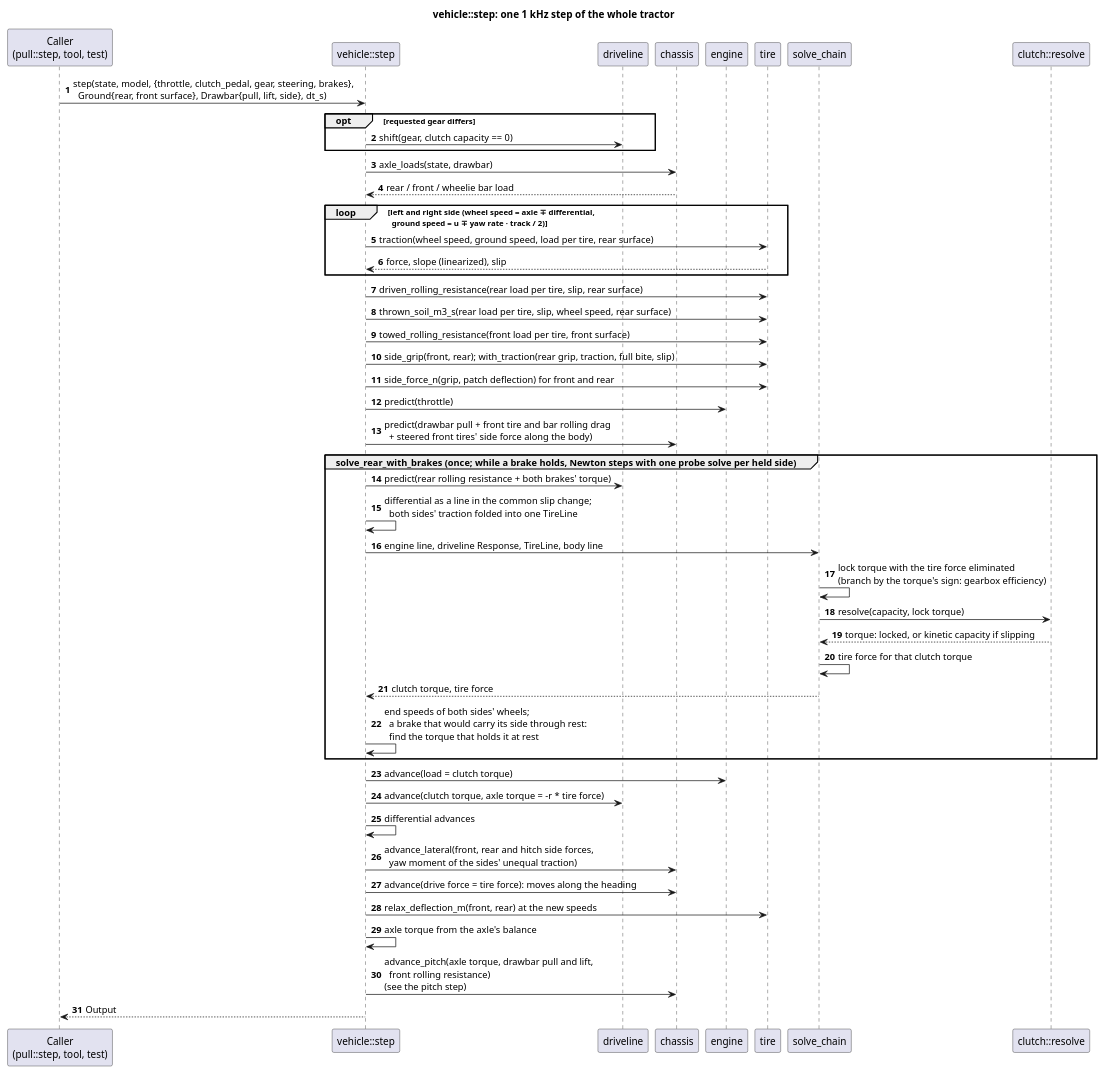
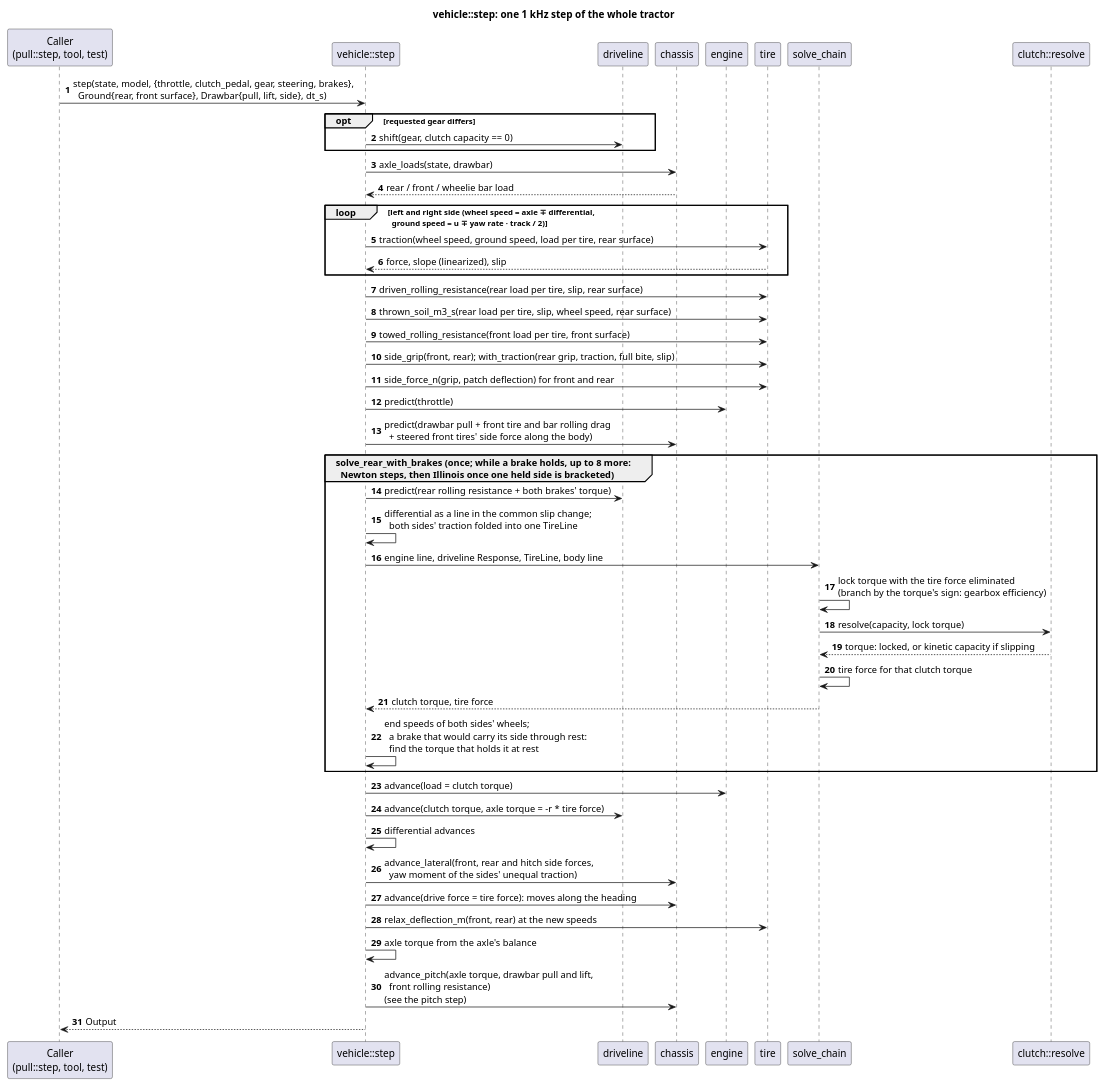
The diagram in docs/diagrams/vehicle_step_sequence.puml (wversteeg/TractorPulling), drawn with PlantUML before and after one commit. The commit also changed 6 other files, not shown here.

First line of the commit message:
Hold brakes robustly, and test for holds that do not converge

```diff
--- a/docs/diagrams/vehicle_step_sequence.puml
+++ b/docs/diagrams/vehicle_step_sequence.puml
@@ -1,50 +1,50 @@
 @startuml vehicle_step_sequence
 title vehicle::step: one 1 kHz step of the whole tractor
 autonumber
 participant "Caller\n(pull::step, tool, test)" as Caller
 participant "vehicle::step" as Step
 participant "driveline" as Driveline
 participant "chassis" as Chassis
 participant "engine" as Engine
 participant "tire" as Tire
 participant "solve_chain" as Solve
 participant "clutch::resolve" as Clutch
 
 Caller -> Step : step(state, model, {throttle, clutch_pedal, gear, steering, brakes},\n  Ground{rear, front surface}, Drawbar{pull, lift, side}, dt_s)
 opt requested gear differs
   Step -> Driveline : shift(gear, clutch capacity == 0)
 end
 Step -> Chassis : axle_loads(state, drawbar)
 Chassis --> Step : rear / front / wheelie bar load
 loop left and right side (wheel speed = axle ∓ differential,\n  ground speed = u ∓ yaw rate · track / 2)
   Step -> Tire : traction(wheel speed, ground speed, load per tire, rear surface)
   Tire --> Step : force, slope (linearized), slip
 end
 Step -> Tire : driven_rolling_resistance(rear load per tire, slip, rear surface)
 Step -> Tire : thrown_soil_m3_s(rear load per tire, slip, wheel speed, rear surface)
 Step -> Tire : towed_rolling_resistance(front load per tire, front surface)
 Step -> Tire : side_grip(front, rear); with_traction(rear grip, traction, full bite, slip)
 Step -> Tire : side_force_n(grip, patch deflection) for front and rear
 Step -> Engine : predict(throttle)
 Step -> Chassis : predict(drawbar pull + front tire and bar rolling drag\n  + steered front tires' side force along the body)
-group solve_rear_with_brakes (once; while a brake holds, Newton steps with one probe solve per held side)
+group solve_rear_with_brakes (once; while a brake holds, up to 8 more:\n  Newton steps, then Illinois once one held side is bracketed)
 Step -> Driveline : predict(rear rolling resistance + both brakes' torque)
 Step -> Step : differential as a line in the common slip change;\n  both sides' traction folded into one TireLine
 Step -> Solve : engine line, driveline Response, TireLine, body line
 Solve -> Solve : lock torque with the tire force eliminated\n(branch by the torque's sign: gearbox efficiency)
 Solve -> Clutch : resolve(capacity, lock torque)
 Clutch --> Solve : torque: locked, or kinetic capacity if slipping
 Solve -> Solve : tire force for that clutch torque
 Solve --> Step : clutch torque, tire force
 Step -> Step : end speeds of both sides' wheels;\n  a brake that would carry its side through rest:\n  find the torque that holds it at rest
 end
 Step -> Engine : advance(load = clutch torque)
 Step -> Driveline : advance(clutch torque, axle torque = -r * tire force)
 Step -> Step : differential advances
 Step -> Chassis : advance_lateral(front, rear and hitch side forces,\n  yaw moment of the sides' unequal traction)
 Step -> Chassis : advance(drive force = tire force): moves along the heading
 Step -> Tire : relax_deflection_m(front, rear) at the new speeds
 Step -> Step : axle torque from the axle's balance
 Step -> Chassis : advance_pitch(axle torque, drawbar pull and lift,\n  front rolling resistance)\n(see the pitch step)
 Step --> Caller : Output
 @enduml
```
